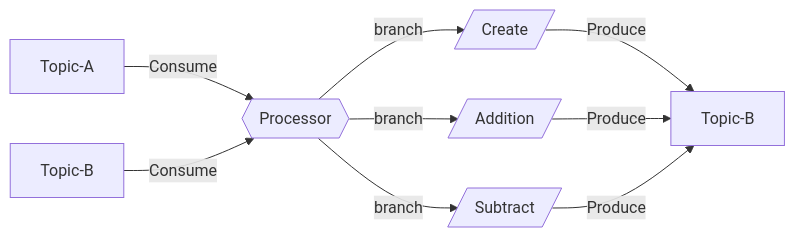
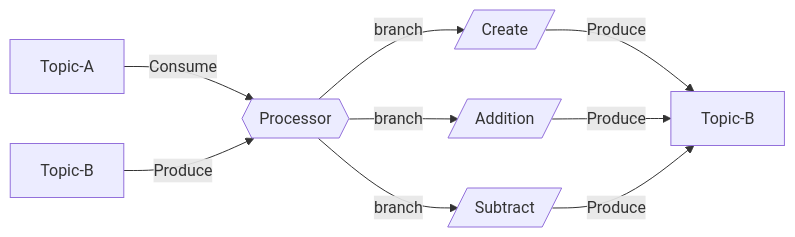
One commit to pmdevers/MinimalKafka changed the fifth of 5 diagrams in README.md. Above: the diagram before and after it, drawn with Mermaid. The commit also changed other lines of this file, not shown here.

````diff
--- a/README.md
+++ b/README.md
@@ -166,11 +172,11 @@
 ```mermaid
 flowchart LR
 A[Topic-A] -->|Consume| C{{Processor}}
-B[Topic-B] -->|Consume| C
+B[Topic-B] -->|Produce| C
 C -->|branch| D[/Create/] 
 C -->|branch| E[/Addition/]
 C -->|branch| F[/Subtract/]
 D -->|Produce| G[Topic-B]
 E -->|Produce| G[Topic-B]
 F -->|Produce| G[Topic-B]
 ```
````
